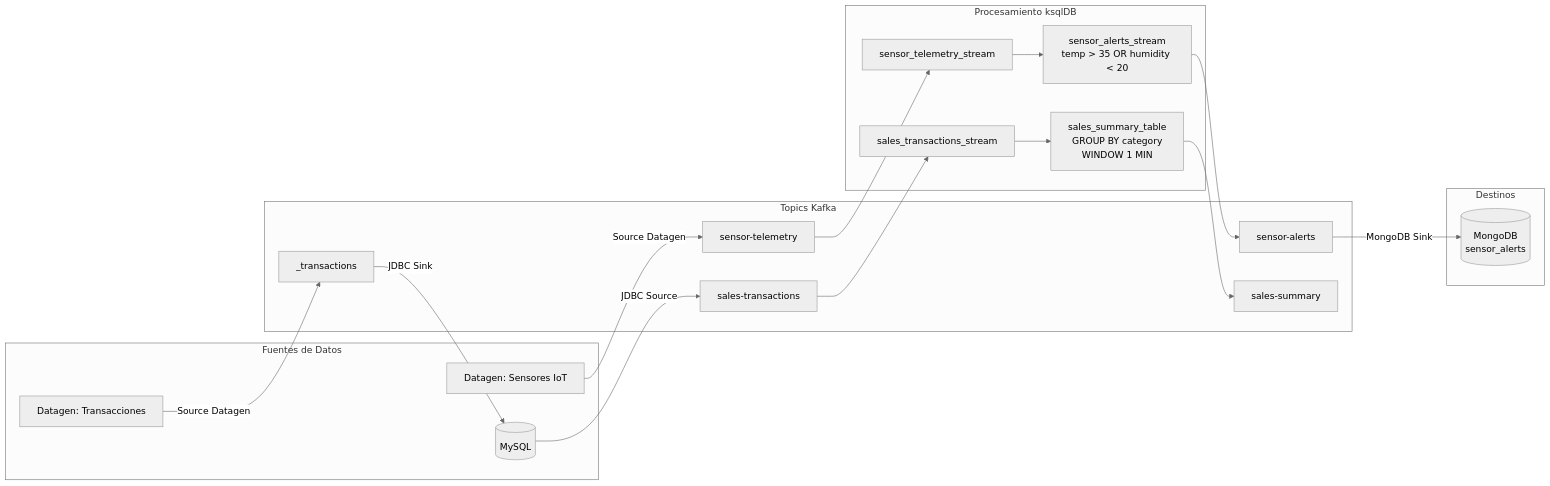
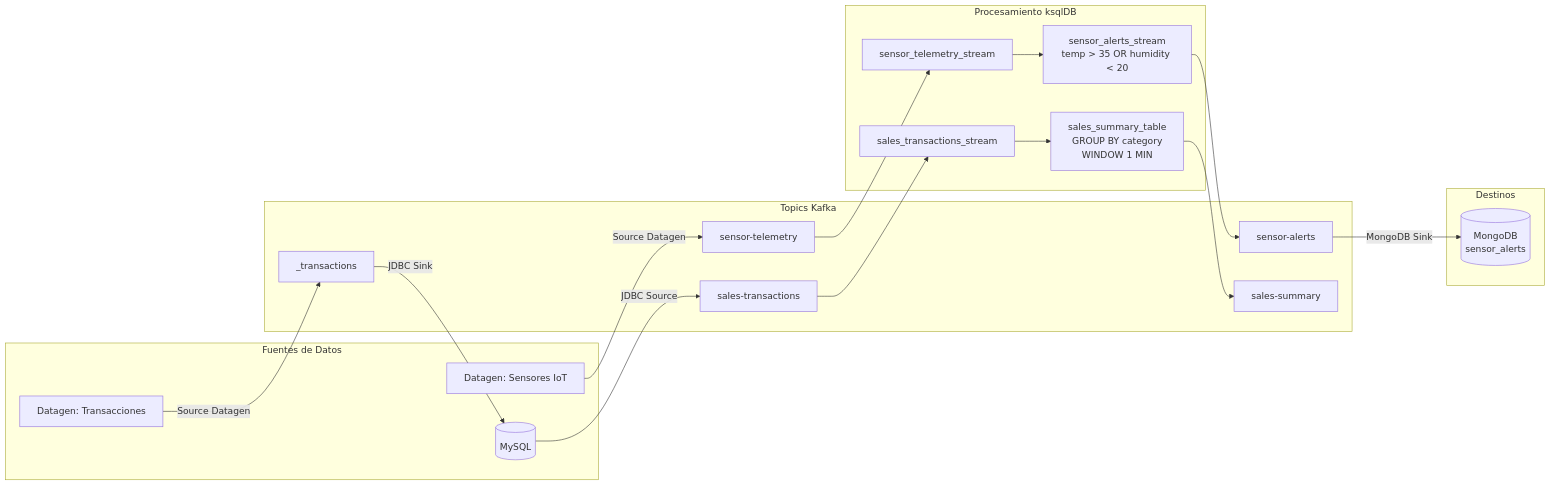
The second of 3 diagrams in README.md (jhonjairo-rc/ucm-kafka-farmia-project), drawn with Mermaid before and after one commit. The commit also changed other lines of this file, not shown here.

Commit message:
Clean up mermaid diagram theme initialization
Removed unnecessary theme initialization from mermaid diagrams.

````diff
--- a/README.md
+++ b/README.md
@@ -59,37 +58,36 @@
 ```mermaid
-%%{init: {'theme': 'neutral'}}%%
 graph LR
     subgraph "Fuentes de Datos"
         DG1[Datagen: Sensores IoT]
         DG2[Datagen: Transacciones]
         MySQL[(MySQL)]
     end
 
     subgraph "Topics Kafka"
         T1[sensor-telemetry]
         T2[_transactions]
         T3[sales-transactions]
         T4[sensor-alerts]
         T5[sales-summary]
     end
 
     subgraph "Procesamiento ksqlDB"
         KS1[sensor_telemetry_stream]
         KS2[sensor_alerts_stream<br/>temp > 35 OR humidity < 20]
         KS3[sales_transactions_stream]
         KS4[sales_summary_table<br/>GROUP BY category<br/>WINDOW 1 MIN]
     end
 
     subgraph "Destinos"
         MongoDB[(MongoDB<br/>sensor_alerts)]
     end
 
     DG1 -->|Source Datagen| T1
     DG2 -->|Source Datagen| T2
     T2 -->|JDBC Sink| MySQL
     MySQL -->|JDBC Source| T3
 
     T1 --> KS1 --> KS2 --> T4
     T3 --> KS3 --> KS4 --> T5
     T4 -->|MongoDB Sink| MongoDB
 ```
````
